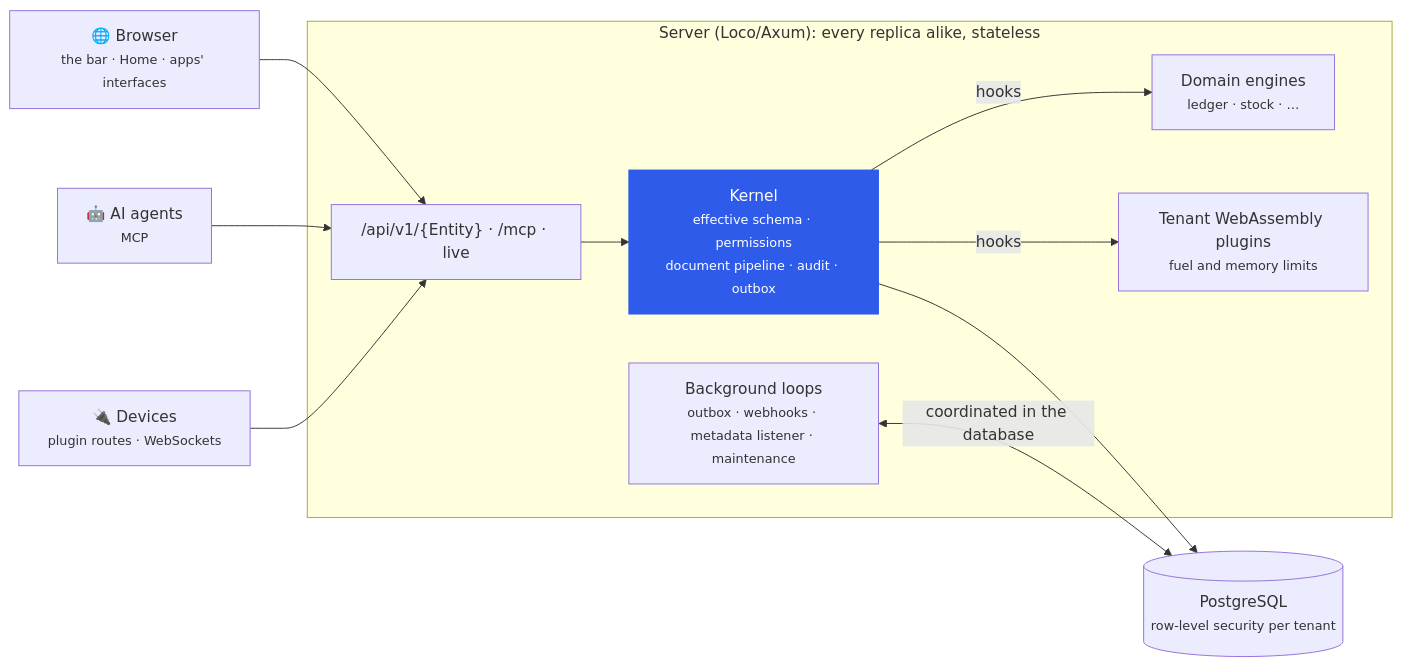
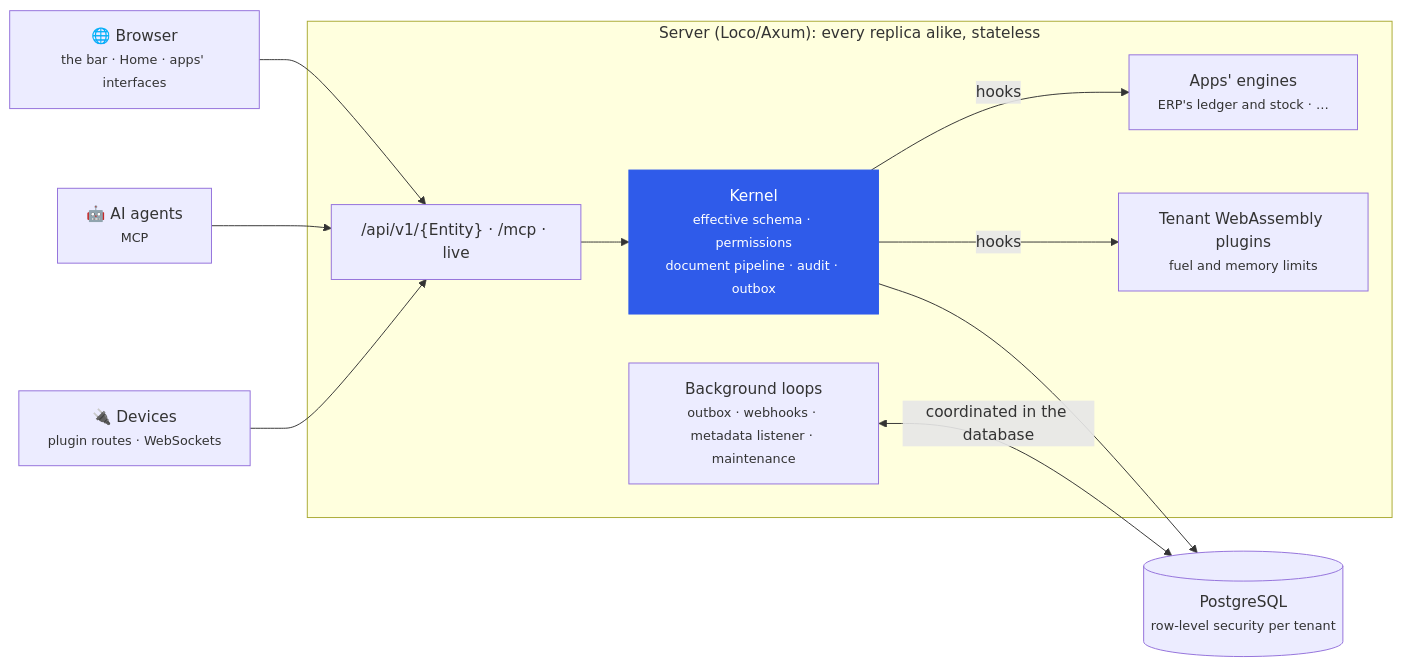
One commit to CBFerrum/Ferrum changed the third of 6 diagrams in README.md. Above: the diagram before and after it, drawn with Mermaid. The commit also changed other lines of this file, not shown here.

Commit message:
README: ferrum-domain is the shared core and packages/ the shared packages; ERP's engine and India come from ferrum-app-erp (erp-repo.md stage 3)

````diff
--- a/README.md
+++ b/README.md
@@ -322,24 +328,24 @@
 ```mermaid
 flowchart LR
     B["🌐 Browser<br/><small>the bar · Home · apps' interfaces</small>"]
     AI["🤖 AI agents<br/><small>MCP</small>"]
     DEV["🔌 Devices<br/><small>plugin routes · WebSockets</small>"]
     subgraph SRV["Server (Loco/Axum): every replica alike, stateless"]
         API["/api/v1/{Entity} · /mcp · live"]
         K["Kernel<br/><small>effective schema · permissions<br/>document pipeline · audit · outbox</small>"]
-        DOM["Domain engines<br/><small>ledger · stock · …</small>"]
+        DOM["Apps' engines<br/><small>ERP's ledger and stock · …</small>"]
         PL["Tenant WebAssembly plugins<br/><small>fuel and memory limits</small>"]
         BG["Background loops<br/><small>outbox · webhooks · metadata listener · maintenance</small>"]
     end
     DB[("PostgreSQL<br/><small>row-level security per tenant</small>")]
     B --> API
     AI --> API
     DEV --> API
     API --> K
     K -->|hooks| DOM
     K -->|hooks| PL
     K --> DB
     BG <-->|coordinated in the database| DB
     classDef core fill:#2f5bea,color:#fff,stroke:#2f5bea
     class K core
 ```
````
